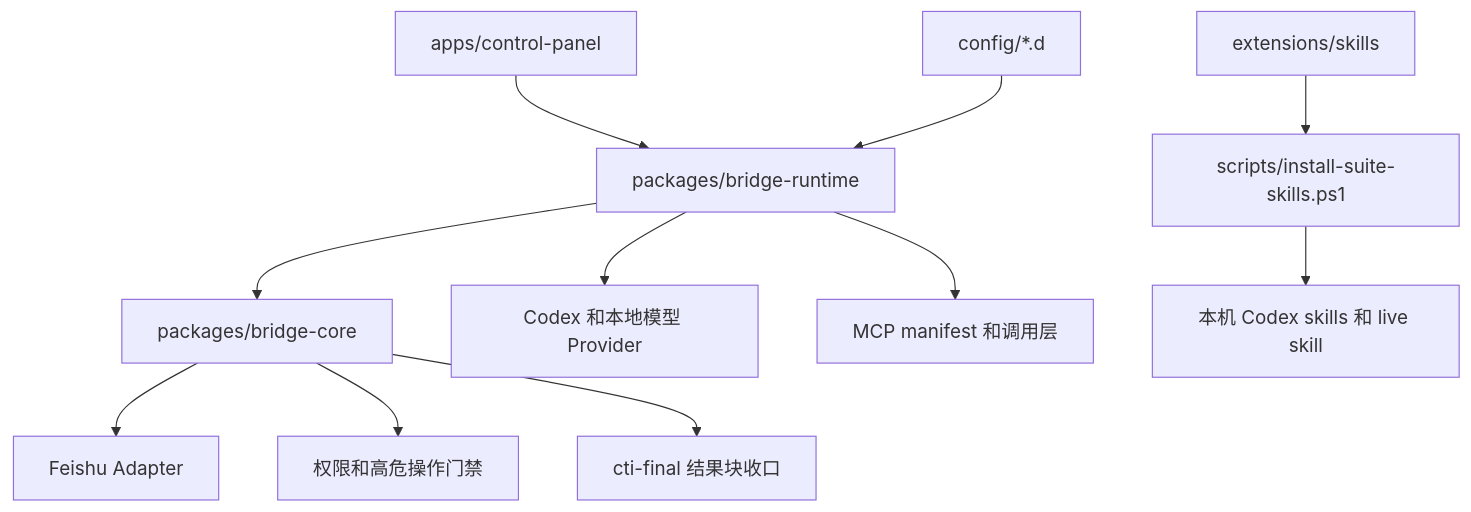
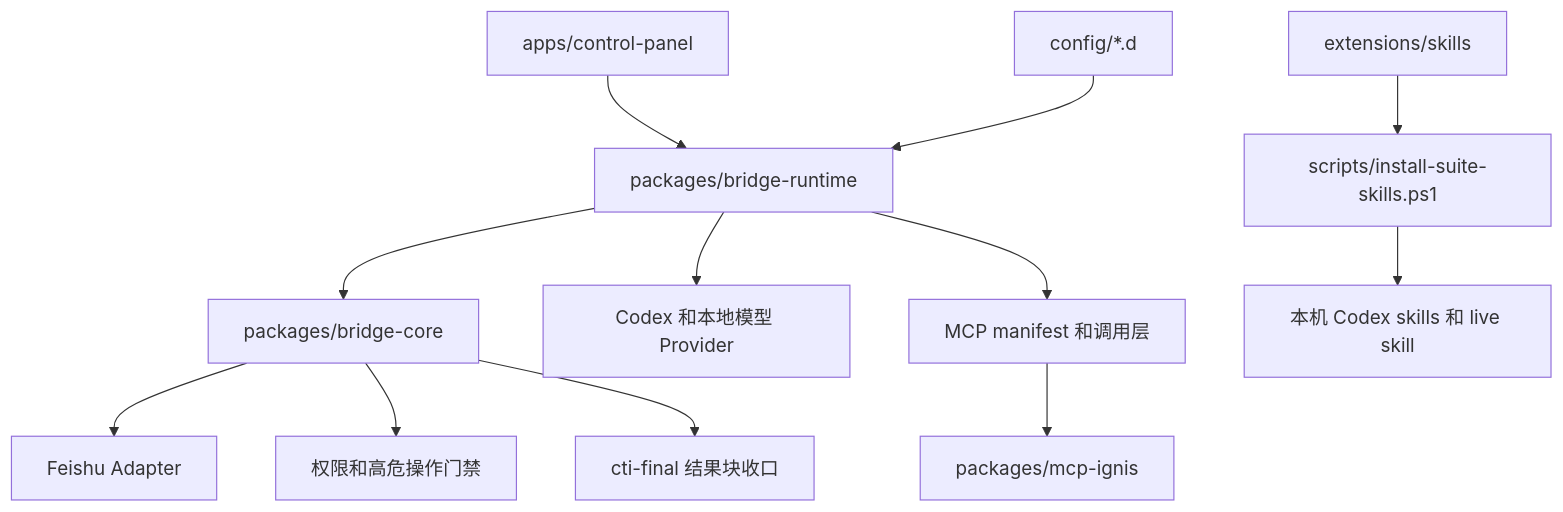
One commit to dddfuxi/codex-im-suite changed the second of 6 diagrams in docs/PROJECT-ARCHITECTURE.md. Above: the diagram before and after it, drawn with Mermaid. The commit also changed other lines of this file and 32 other files, not shown here.

````diff
--- a/docs/PROJECT-ARCHITECTURE.md
+++ b/docs/PROJECT-ARCHITECTURE.md
@@ -47,13 +51,14 @@
 ```mermaid
 flowchart TD
   Panel[apps/control-panel] --> Runtime[packages/bridge-runtime]
   Runtime --> Core[packages/bridge-core]
   Runtime --> ProviderLayer[Codex 和本地模型 Provider]
   Runtime --> McpLayer[MCP manifest 和调用层]
+  McpLayer --> IgnisPackage[packages/mcp-ignis]
   Core --> FeishuAdapter[Feishu Adapter]
   Core --> PermissionBroker[权限和高危操作门禁]
   Core --> ReplyEnvelope[cti-final 结果块收口]
   Config[config/*.d] --> Runtime
   Extensions[extensions/skills] --> Scripts[scripts/install-suite-skills.ps1]
   Scripts --> CodexSkills[本机 Codex skills 和 live skill]
 ```
````
